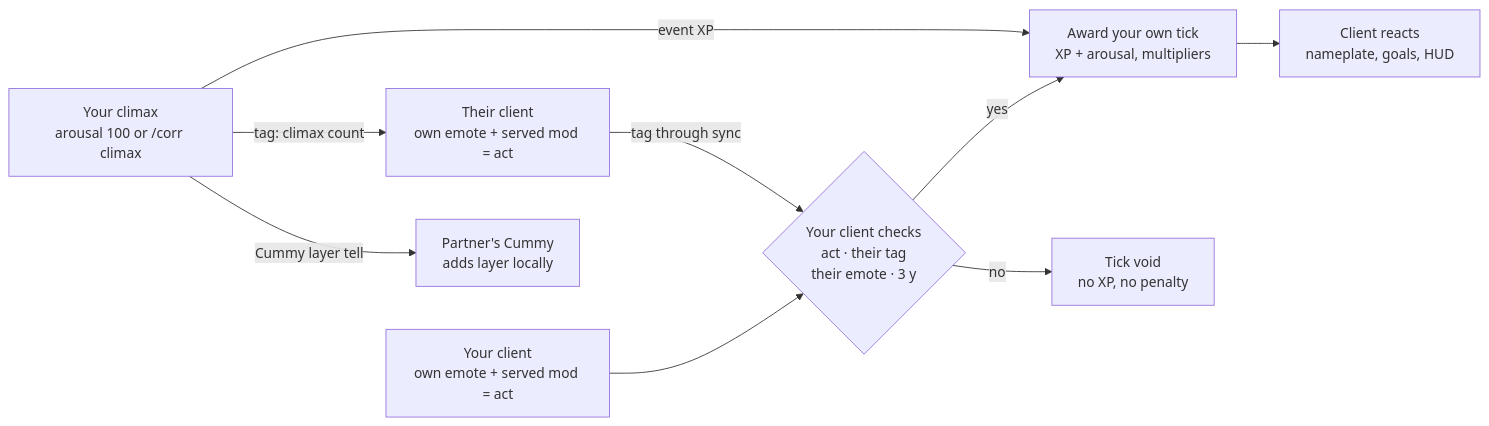
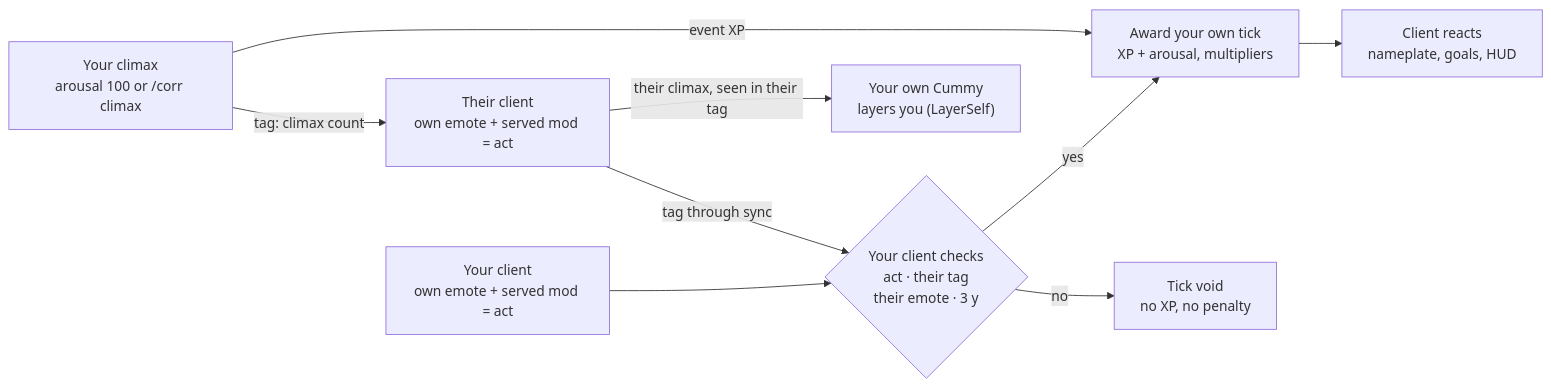
Before and after one commit to RaylaPetal/corruption: the diagram in Corruption-Design-Doc.md, drawn with Mermaid. The commit also changed other lines of this file and 57 other files, not shown here.

````diff
--- a/Corruption-Design-Doc.md
+++ b/Corruption-Design-Doc.md
@@ -51,11 +51,11 @@
 ```mermaid
 flowchart LR
     A["Your client<br/>own emote + served mod = act"] --> V{"Your client checks<br/>act · their tag<br/>their emote · 3 y"}
     B["Their client<br/>own emote + served mod = act"] -- tag through sync --> V
     V -- yes --> W["Award your own tick<br/>XP + arousal, multipliers"]
     V -- no --> X["Tick void<br/>no XP, no penalty"]
     W --> R["Client reacts<br/>nameplate, goals, HUD"]
     C["Your climax<br/>arousal 100 or /corr climax"] -- event XP --> W
     C -- tag: climax count --> B
-    C -- Cummy layer tell --> P["Partner's Cummy<br/>adds layer locally"]
+    B -- "their climax, seen in their tag" --> P["Your own Cummy<br/>layers you (LayerSelf)"]
 ```
````
